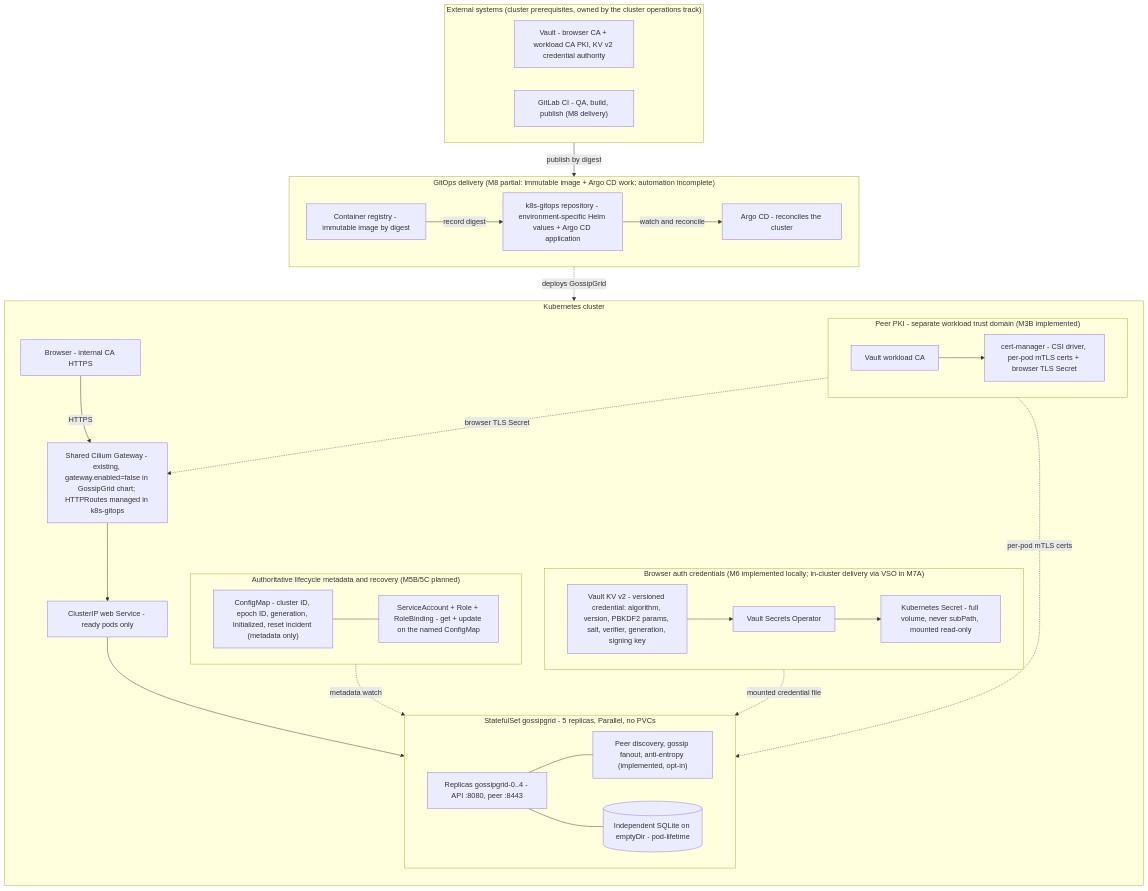
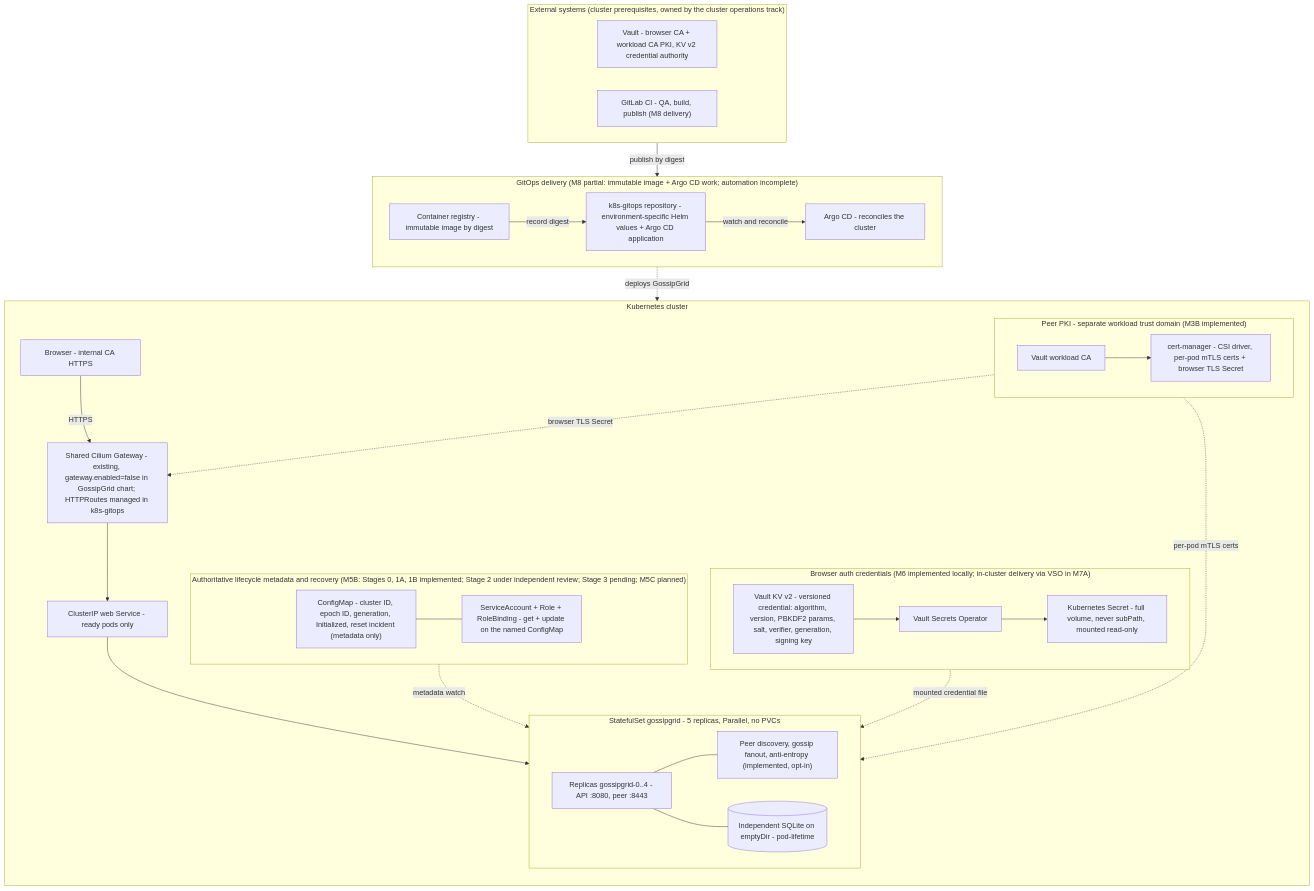
The diagram in README.md (hirebrianm/gossipgrid), drawn with Mermaid before and after one commit. The commit also changed other lines of this file and 43 other files, not shown here.

````diff
--- a/README.md
+++ b/README.md
@@ -101,66 +108,66 @@
 ```mermaid
 flowchart TB
   subgraph EXT["External systems (cluster prerequisites, owned by the cluster operations track)"]
     direction LR
     VAULT["Vault - browser CA + workload CA PKI, KV v2 credential authority"]
     GLCI["GitLab CI - QA, build, publish (M8 delivery)"]
   end
 
   B["Browser - internal CA HTTPS"]
 
   subgraph K8S["Kubernetes cluster"]
     direction TB
     GW["Shared Cilium Gateway - existing, gateway.enabled=false in GossipGrid chart; HTTPRoutes managed in k8s-gitops"]
     WEB["ClusterIP web Service - ready pods only"]
 
     subgraph SS["StatefulSet gossipgrid - 5 replicas, Parallel, no PVCs"]
       direction LR
       APP["Replicas gossipgrid-0..4 - API :8080, peer :8443"]
       SYNC["Peer discovery, gossip fanout, anti-entropy (implemented, opt-in)"]
       DB[("Independent SQLite on emptyDir - pod-lifetime")]
     end
 
     B -->|HTTPS| GW
     GW --> WEB
     WEB --> APP
     APP --- SYNC
     APP --- DB
 
     subgraph PKI["Peer PKI - separate workload trust domain (M3B implemented)"]
       direction LR
       WCA["Vault workload CA"]
       CM["cert-manager - CSI driver, per-pod mTLS certs + browser TLS Secret"]
     end
     WCA --> CM
     CM -. per-pod mTLS certs .-> APP
     CM -. browser TLS Secret .-> GW
 
     subgraph CRED["Browser auth credentials (M6 implemented locally; in-cluster delivery via VSO in M7A)"]
       direction LR
       VKV["Vault KV v2 - versioned credential: algorithm, version, PBKDF2 params, salt, verifier, generation, signing key"]
       VSO["Vault Secrets Operator"]
       KSEC["Kubernetes Secret - full volume, never subPath, mounted read-only"]
       VKV --> VSO --> KSEC
     end
     KSEC -. mounted credential file .-> APP
 
-    subgraph LIFE["Authoritative lifecycle metadata and recovery (M5B/5C planned)"]
+    subgraph LIFE["Authoritative lifecycle metadata and recovery (M5B: Stages 0, 1A, 1B implemented; Stage 2 under independent review; Stage 3 pending; M5C planned)"]
       direction LR
       CMETA["ConfigMap - cluster ID, epoch ID, generation, Initialized, reset incident (metadata only)"]
       RRBAC["ServiceAccount + Role + RoleBinding - get + update on the named ConfigMap"]
     end
     CMETA --- RRBAC
     CMETA -. metadata watch .-> APP
   end
 
   subgraph GITOPS["GitOps delivery (M8 partial: immutable image + Argo CD work; automation incomplete)"]
     direction LR
     REG["Container registry - immutable image by digest"]
     GOREPO["k8s-gitops repository - environment-specific Helm values + Argo CD application"]
     ARGO["Argo CD - reconciles the cluster"]
     GLCI -->|publish by digest| REG
     REG -->|record digest| GOREPO
     GOREPO -->|watch and reconcile| ARGO
   end
   ARGO -. deploys GossipGrid .-> SS
 ```
````
